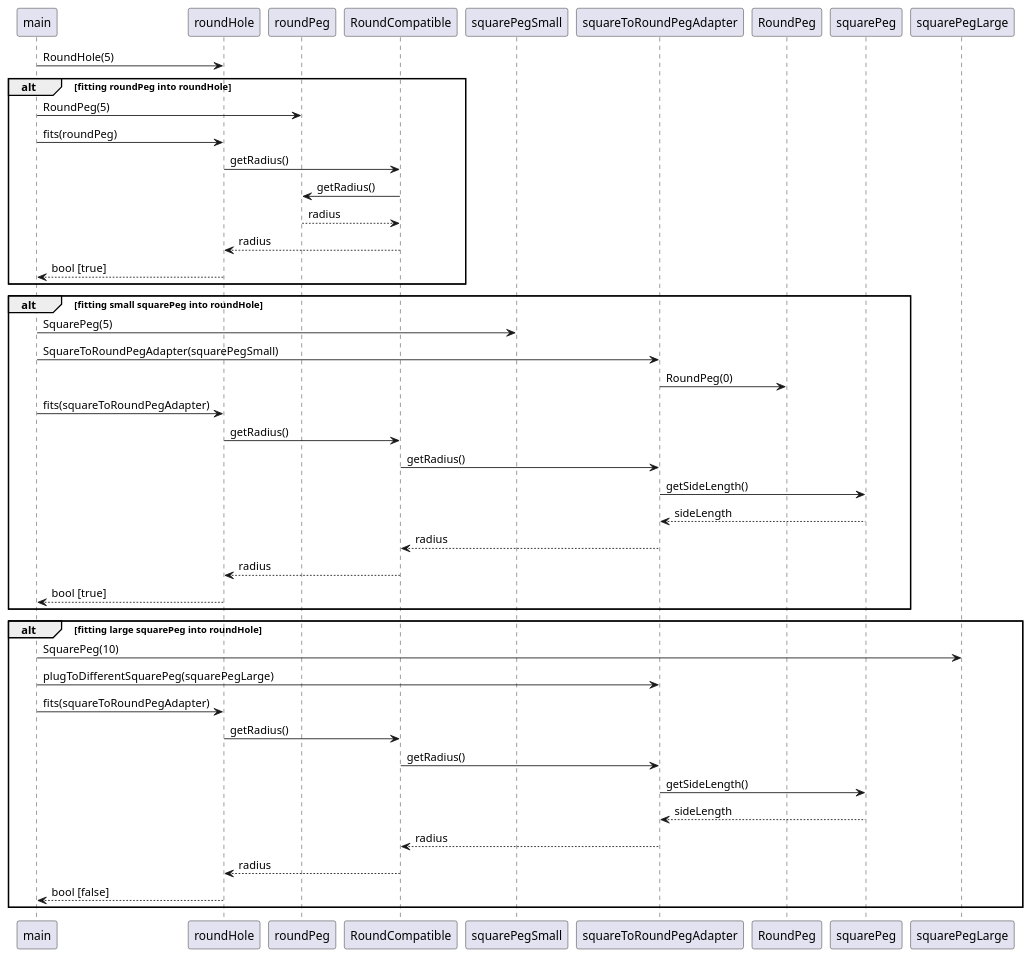
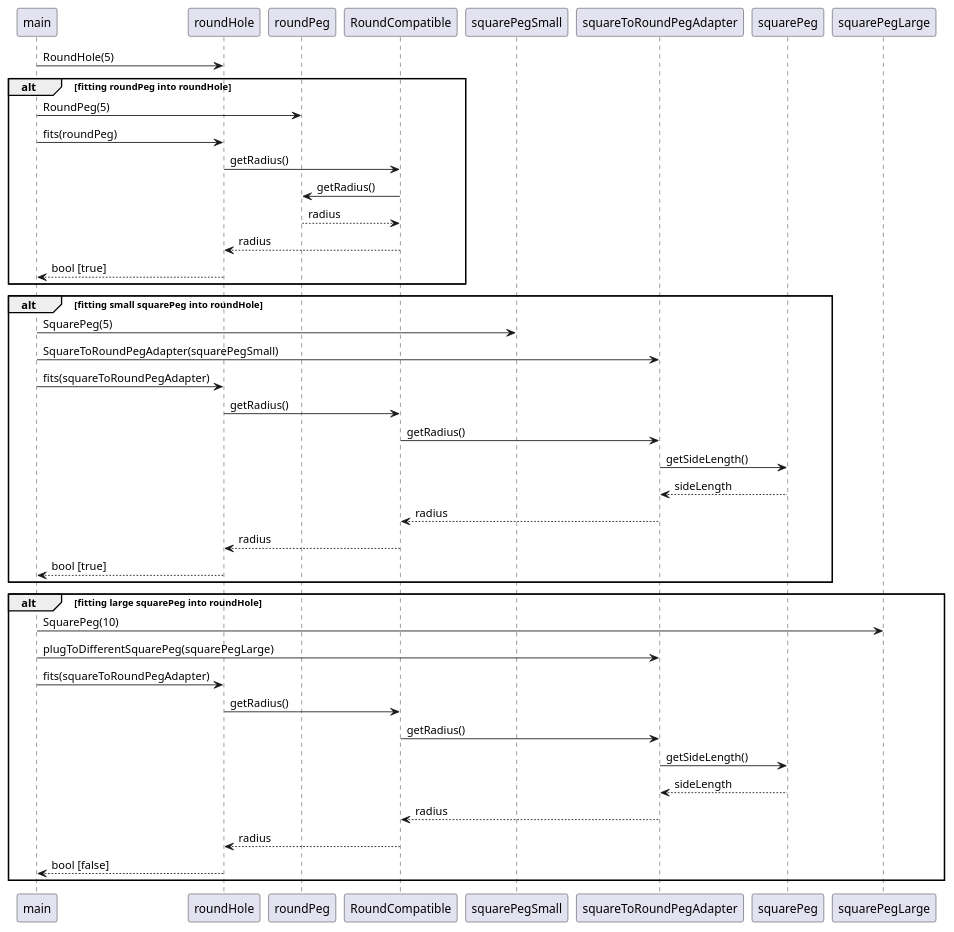
Before and after one commit to kyberdrb/CLionProjects: the diagram in Design_Patterns_CPP/Structural/Adapter/Object_adapter_as_interface_with_reference_wrapper_and_polymorphism_CPP_14/object_adapter-sequence_diagram.puml, drawn with PlantUML. The commit also changed 3 other files, not shown here.

Commit message:
Update object Adapter DP sequence UML diagram + Introduce Push-Observer init implementation

```diff
--- a/Design_Patterns_CPP/Structural/Adapter/Object_adapter_as_interface_with_reference_wrapper_and_polymorphism_CPP_14/object_adapter-sequence_diagram.puml
+++ b/Design_Patterns_CPP/Structural/Adapter/Object_adapter_as_interface_with_reference_wrapper_and_polymorphism_CPP_14/object_adapter-sequence_diagram.puml
@@ -1,45 +1,45 @@
 @startuml
 'https://plantuml.com/sequence-diagram
 
 main -> roundHole : RoundHole(5)
 
 alt fitting roundPeg into roundHole
     main -> roundPeg : RoundPeg(5)
     main -> roundHole : fits(roundPeg)
     roundHole -> RoundCompatible : getRadius()
     RoundCompatible -> roundPeg : getRadius()
     roundPeg --> RoundCompatible : radius
     RoundCompatible --> roundHole : radius
     roundHole --> main : bool [true]
 end
 
 alt fitting small squarePeg into roundHole
     main -> squarePegSmall : SquarePeg(5)
     main -> squareToRoundPegAdapter : SquareToRoundPegAdapter(squarePegSmall)
-    squareToRoundPegAdapter -> RoundPeg : RoundPeg(0)
+    'squareToRoundPegAdapter -> RoundPeg : RoundPeg(0)
 
     main -> roundHole : fits(squareToRoundPegAdapter)
     roundHole -> RoundCompatible : getRadius()
     RoundCompatible -> squareToRoundPegAdapter : getRadius()
     squareToRoundPegAdapter -> squarePeg : getSideLength()
     squarePeg --> squareToRoundPegAdapter : sideLength
     squareToRoundPegAdapter --> RoundCompatible : radius
     RoundCompatible --> roundHole : radius
     roundHole --> main : bool [true]
 end
 
 alt fitting large squarePeg into roundHole
     main -> squarePegLarge : SquarePeg(10)
     main -> squareToRoundPegAdapter : plugToDifferentSquarePeg(squarePegLarge)
 
     main -> roundHole : fits(squareToRoundPegAdapter)
     roundHole -> RoundCompatible : getRadius()
     RoundCompatible -> squareToRoundPegAdapter : getRadius()
     squareToRoundPegAdapter -> squarePeg : getSideLength()
     squarePeg --> squareToRoundPegAdapter : sideLength
     squareToRoundPegAdapter --> RoundCompatible : radius
     RoundCompatible --> roundHole : radius
     roundHole --> main : bool [false]
 end
 
 @enduml
```
